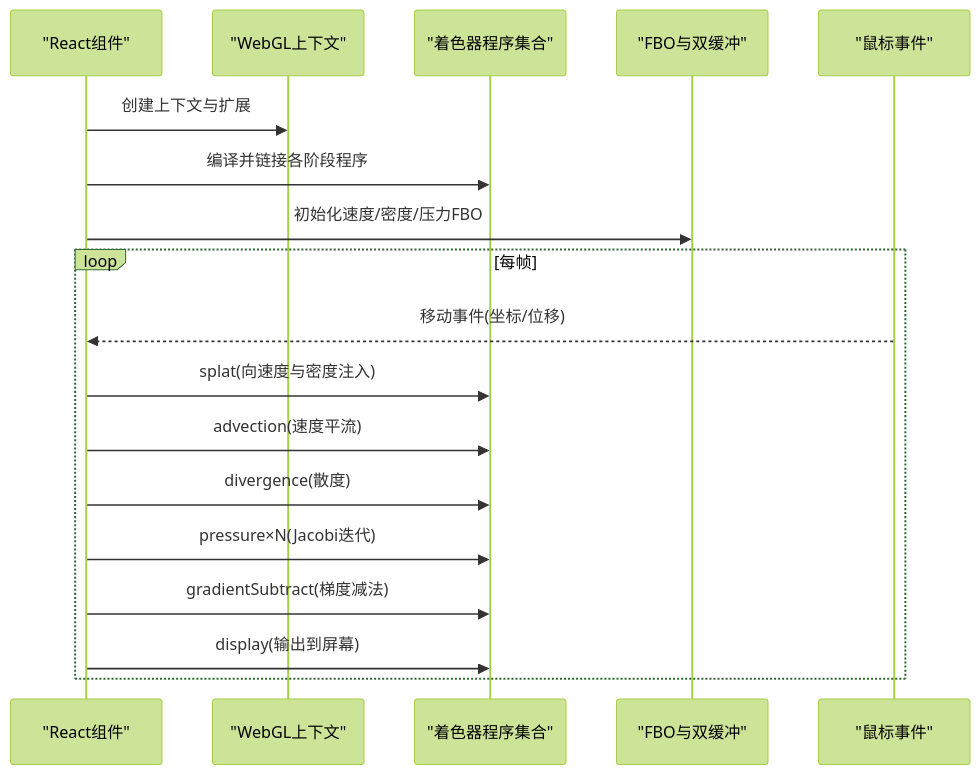
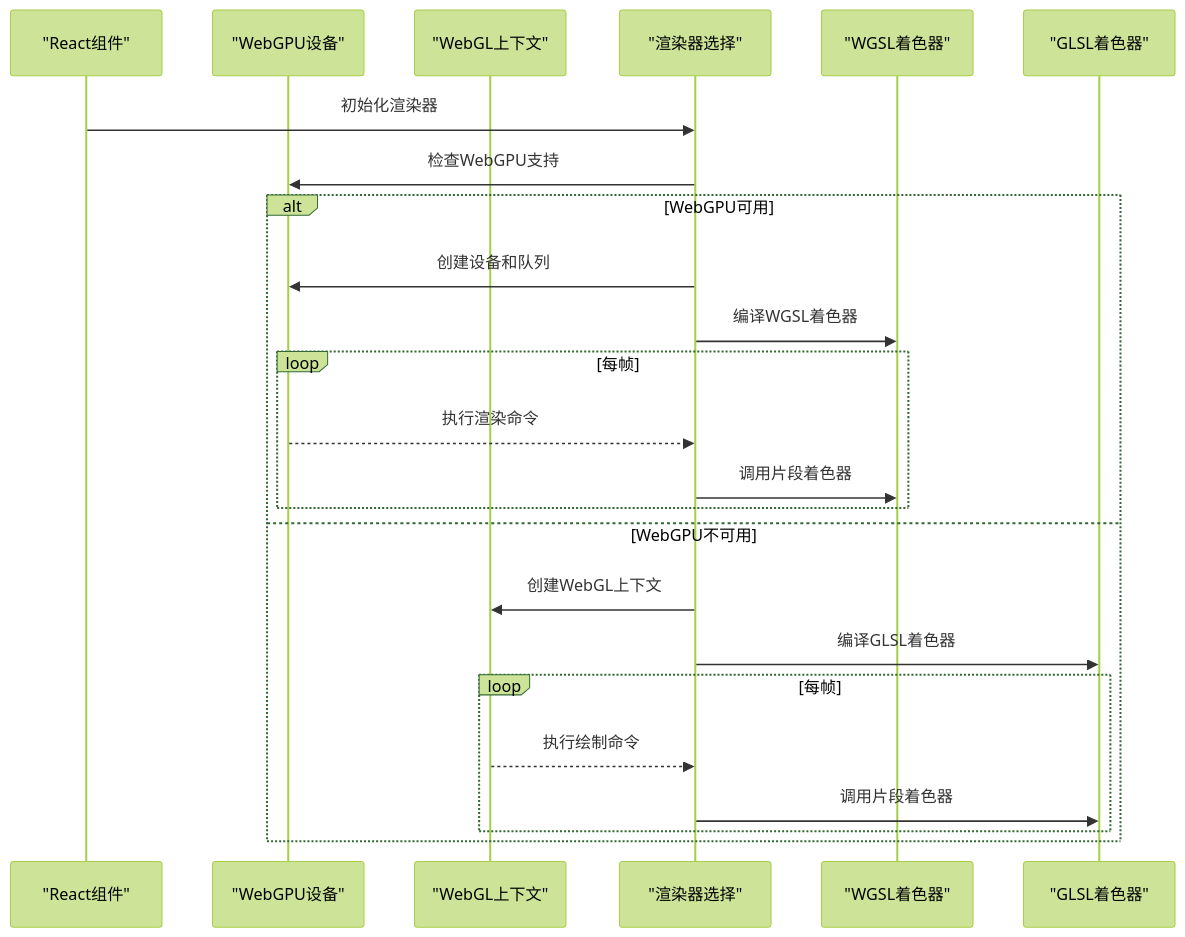
The second of 3 diagrams in .qoder/repowiki/zh/content/核心功能模块/WebGL流体动画系统.md (Primoguo/naolizhi.cn), drawn with Mermaid (forest theme) before and after one commit. The commit also changed other lines of this file and 73 other files, not shown here.

````diff
--- a/.qoder/repowiki/zh/content/核心功能模块/WebGL流体动画系统.md
+++ b/.qoder/repowiki/zh/content/核心功能模块/WebGL流体动画系统.md
@@ -62,20 +96,26 @@
 ```mermaid
 sequenceDiagram
 participant React as "React组件"
+participant GPU as "WebGPU设备"
 participant GL as "WebGL上下文"
-participant Prog as "着色器程序集合"
-participant FBO as "FBO与双缓冲"
-participant Mouse as "鼠标事件"
-React->>GL : 创建上下文与扩展
-React->>Prog : 编译并链接各阶段程序
-React->>FBO : 初始化速度/密度/压力FBO
+participant Renderer as "渲染器选择"
+participant WGSL as "WGSL着色器"
+participant GLSL as "GLSL着色器"
+React->>Renderer : 初始化渲染器
+Renderer->>GPU : 检查WebGPU支持
+alt WebGPU可用
+Renderer->>GPU : 创建设备和队列
+Renderer->>WGSL : 编译WGSL着色器
 loop 每帧
-Mouse-->>React : 移动事件(坐标/位移)
-React->>Prog : splat(向速度与密度注入)
-React->>Prog : advection(速度平流)
-React->>Prog : divergence(散度)
-React->>Prog : pressure×N(Jacobi迭代)
-React->>Prog : gradientSubtract(梯度减法)
-React->>Prog : display(输出到屏幕)
+GPU-->>Renderer : 执行渲染命令
+Renderer->>WGSL : 调用片段着色器
+end
+else WebGPU不可用
+Renderer->>GL : 创建WebGL上下文
+Renderer->>GLSL : 编译GLSL着色器
+loop 每帧
+GL-->>Renderer : 执行绘制命令
+Renderer->>GLSL : 调用片段着色器
+end
 end
 ```
````
